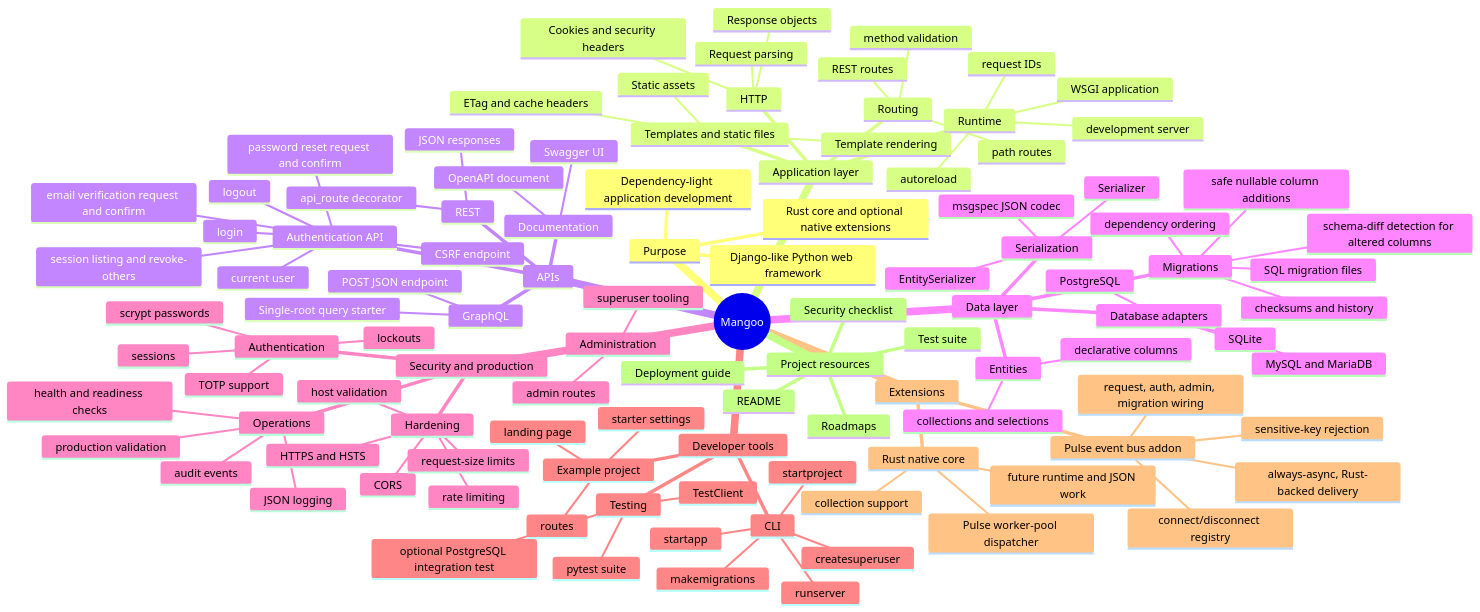
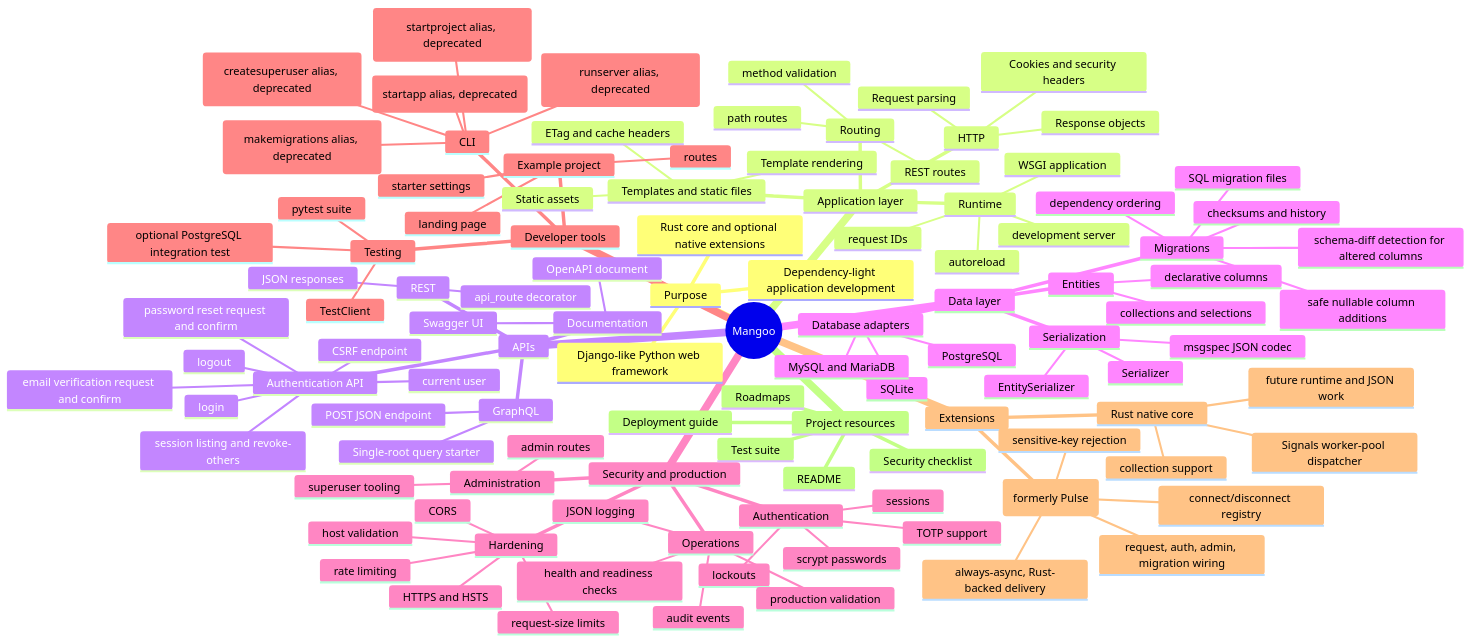
One commit to P-Sudhakar-tech/HayaVega changed the diagram in PROJECT_MINDMAP.md. Above: the diagram before and after it, drawn with Mermaid. The commit also changed 119 other files, not shown here.

```diff
--- a/PROJECT_MINDMAP.md
+++ b/PROJECT_MINDMAP.md
@@ -83,11 +83,11 @@
         admin routes
     Developer tools
       CLI
-        startproject
-        startapp
-        runserver
-        makemigrations
-        createsuperuser
+        newproject (startproject alias, deprecated)
+        newapp (startapp alias, deprecated)
+        launch (runserver alias, deprecated)
+        newmigration (makemigrations alias, deprecated)
+        createadmin (createsuperuser alias, deprecated)
       Testing
         TestClient
         pytest suite
@@ -97,14 +97,14 @@
         routes
         landing page
     Extensions
-      Pulse event bus addon
+      Signals event bus addon (formerly Pulse)
         connect/disconnect registry
         always-async, Rust-backed delivery
         sensitive-key rejection
         request, auth, admin, migration wiring
       Rust native core
         collection support
-        Pulse worker-pool dispatcher
+        Signals worker-pool dispatcher
         future runtime and JSON work
     Project resources
       README
```
